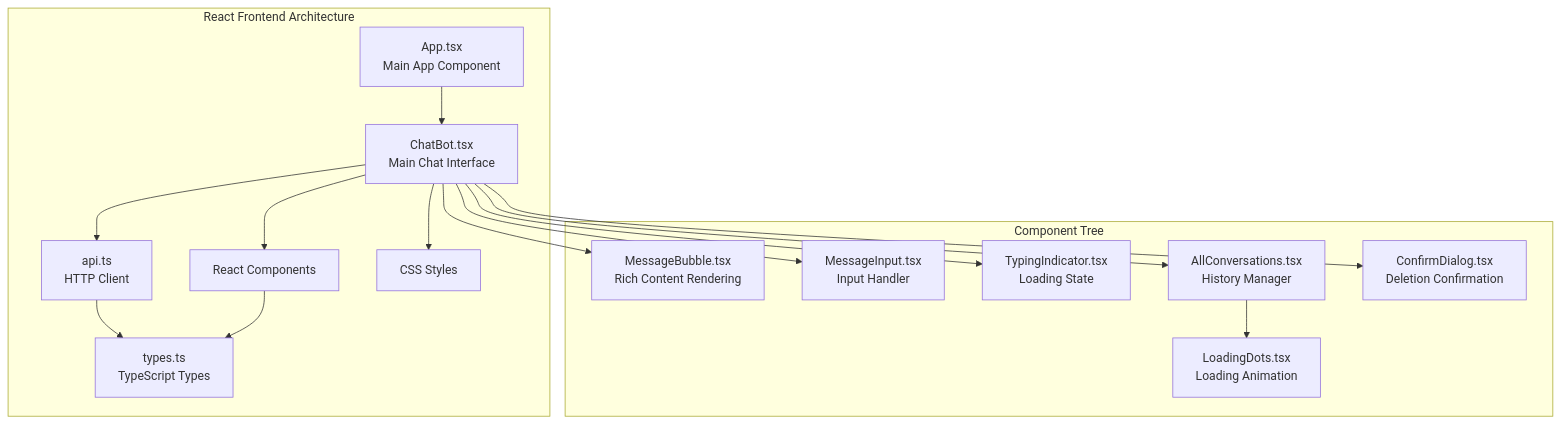
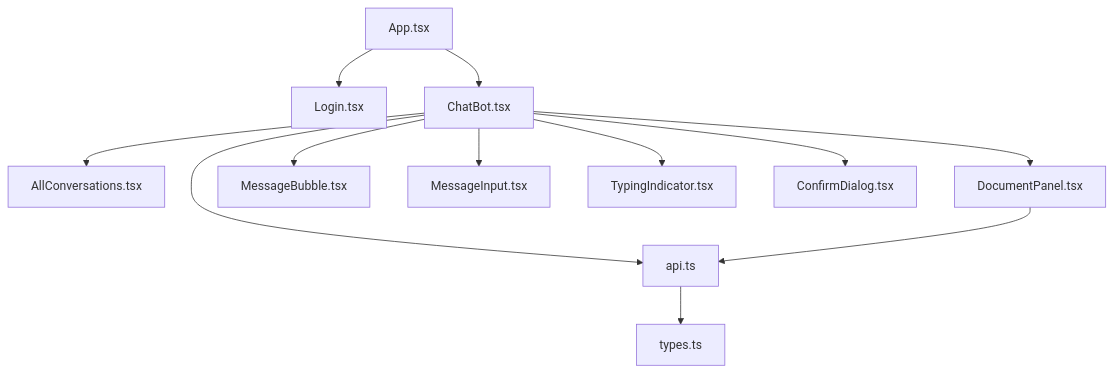
One commit to VimeansethThorng/fastapi-react-typescript-chatbot changed the diagram in frontend.md. Above: the diagram before and after it, drawn with Mermaid. The commit also changed other lines of this file and 5 other files, not shown here.

````diff
--- a/frontend.md
+++ b/frontend.md
@@ -18,27 +7,26 @@
 ```mermaid
 graph TB
-    subgraph "React Frontend Architecture"
-        APP[App.tsx<br/>Main App Component]
-        CHATBOT[ChatBot.tsx<br/>Main Chat Interface]
-        COMPONENTS[React Components]
-        API[api.ts<br/>HTTP Client]
-        TYPES[types.ts<br/>TypeScript Types]
-        STYLES[CSS Styles]
-        
-        APP --> CHATBOT
-        CHATBOT --> COMPONENTS
-        CHATBOT --> API
-        API --> TYPES
-        COMPONENTS --> TYPES
-        CHATBOT --> STYLES
-    end
-    
-    subgraph "Component Tree"
-        CHATBOT --> MESSAGEBUBBLE[MessageBubble.tsx<br/>Rich Content Rendering]
-        CHATBOT --> MESSAGEINPUT[MessageInput.tsx<br/>Input Handler]
-        CHATBOT --> TYPINGINDICATOR[TypingIndicator.tsx<br/>Loading State]
-        CHATBOT --> ALLCONVERSATIONS[AllConversations.tsx<br/>History Manager]
-        ALLCONVERSATIONS --> LOADINGDOTS[LoadingDots.tsx<br/>Loading Animation]
-        CHATBOT --> CONFIRMDIALOG[ConfirmDialog.tsx<br/>Deletion Confirmation]
-    end
+    APP[App.tsx]
+    LOGIN[Login.tsx]
+    CHATBOT[ChatBot.tsx]
+    SIDEBAR[AllConversations.tsx]
+    DOCPANEL[DocumentPanel.tsx]
+    MESSAGES[MessageBubble.tsx]
+    INPUT[MessageInput.tsx]
+    TYPING[TypingIndicator.tsx]
+    CONFIRM[ConfirmDialog.tsx]
+    API[api.ts]
+    TYPES[types.ts]
+
+    APP --> LOGIN
+    APP --> CHATBOT
+    CHATBOT --> SIDEBAR
+    CHATBOT --> DOCPANEL
+    CHATBOT --> MESSAGES
+    CHATBOT --> INPUT
+    CHATBOT --> TYPING
+    CHATBOT --> CONFIRM
+    CHATBOT --> API
+    DOCPANEL --> API
+    API --> TYPES
 ```
````
